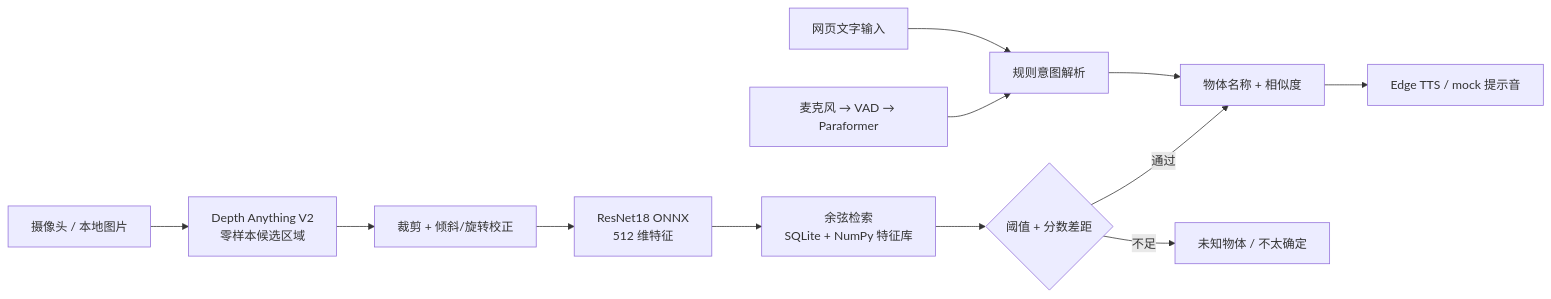
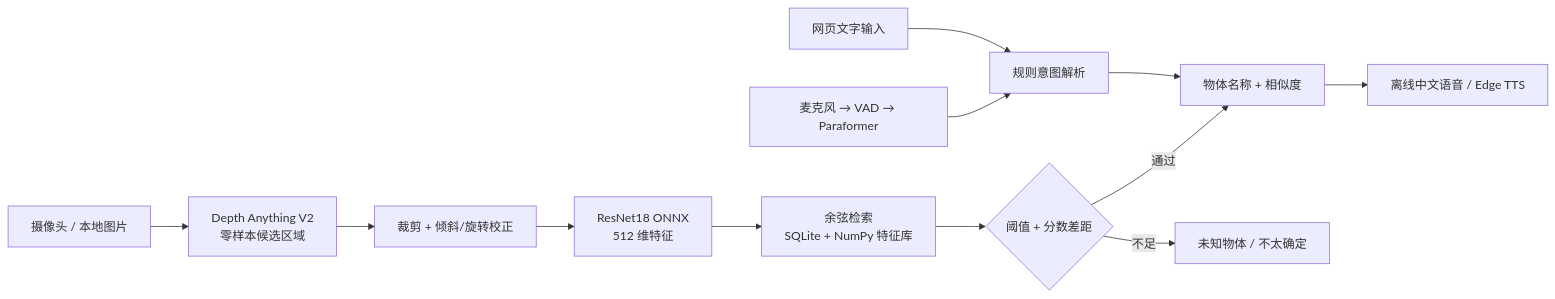
The second of 2 diagrams in README.md (DaShygoa/offline-vision-voice-assistant), drawn with Mermaid before and after one commit. The commit also changed other lines of this file and 14 other files, not shown here.

````diff
--- a/README.md
+++ b/README.md
@@ -141,14 +175,14 @@
 ```mermaid
 flowchart LR
     A[摄像头 / 本地图片] --> B[Depth Anything V2<br/>零样本候选区域]
     B --> C[裁剪 + 倾斜/旋转校正]
     C --> D[ResNet18 ONNX<br/>512 维特征]
     D --> E[余弦检索<br/>SQLite + NumPy 特征库]
     E --> F{阈值 + 分数差距}
     F -->|通过| G[物体名称 + 相似度]
     F -->|不足| H[未知物体 / 不太确定]
     I[麦克风 → VAD → Paraformer] --> J[规则意图解析]
     K[网页文字输入] --> J
     J --> G
-    G --> L[Edge TTS / mock 提示音]
+    G --> L[离线中文语音 / Edge TTS]
 ```
````
